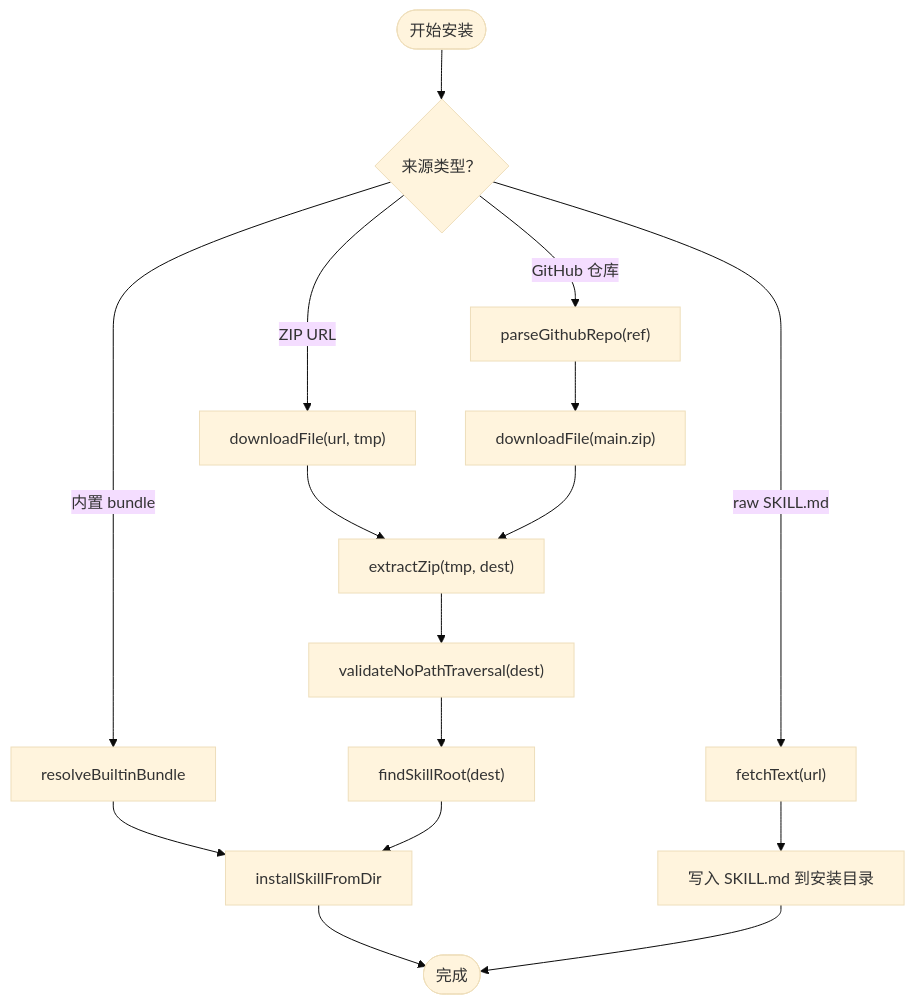
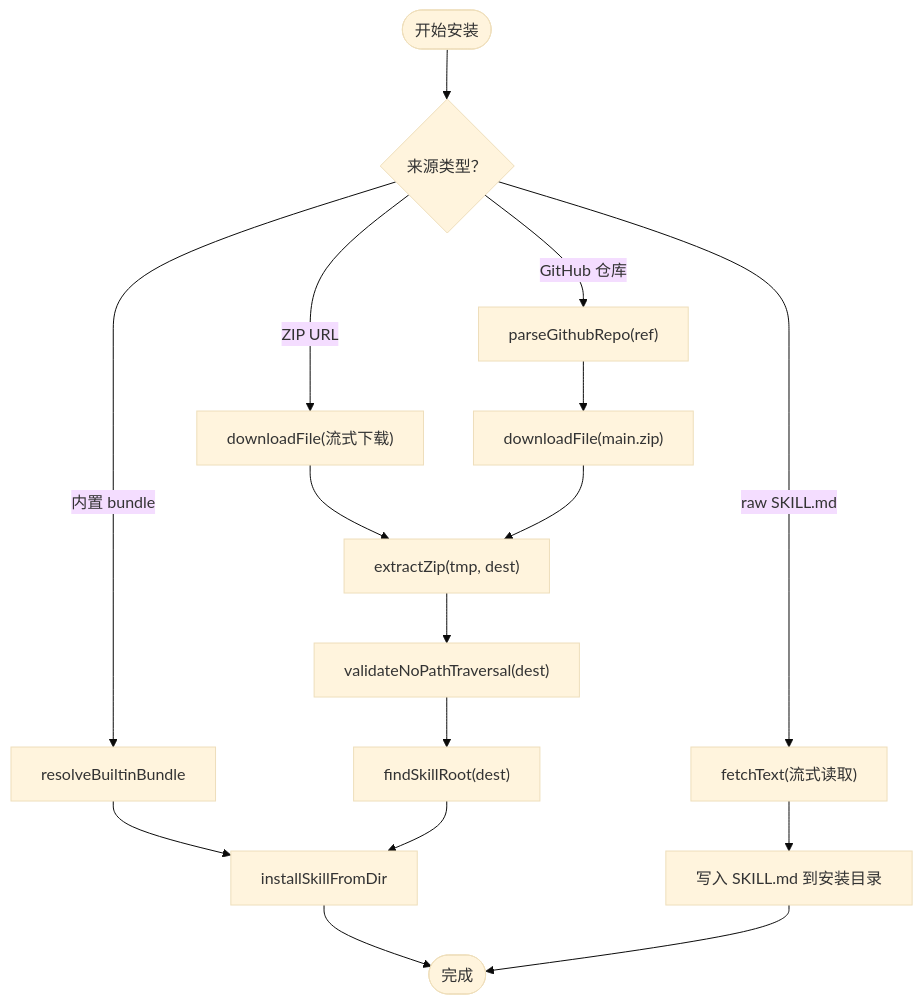
Before and after one commit to sofate798/KodrixCode: the third of 5 diagrams in .qoder/repowiki/zh/content/Skill 市场/技能包安装与管理.md, drawn with Mermaid (base theme). The commit also changed other lines of this file and 12 other files, not shown here.

````diff
--- a/.qoder/repowiki/zh/content/Skill 市场/技能包安装与管理.md
+++ b/.qoder/repowiki/zh/content/Skill 市场/技能包安装与管理.md
@@ -150,18 +146,18 @@
 ```mermaid
 flowchart TD
 Start(["开始安装"]) --> CheckSource{"来源类型？"}
 CheckSource --> |内置 bundle| ResolveBundle["resolveBuiltinBundle"]
 ResolveBundle --> InstallDir["installSkillFromDir"]
-CheckSource --> |ZIP URL| DownloadZip["downloadFile(url, tmp)"]
+CheckSource --> |ZIP URL| DownloadZip["downloadFile(流式下载)"]
 DownloadZip --> Extract["extractZip(tmp, dest)"]
 Extract --> Validate["validateNoPathTraversal(dest)"]
 Validate --> FindRoot["findSkillRoot(dest)"]
 FindRoot --> InstallDir
-CheckSource --> |raw SKILL.md| FetchText["fetchText(url)"]
+CheckSource --> |raw SKILL.md| FetchText["fetchText(流式读取)"]
 FetchText --> WriteMd["写入 SKILL.md 到安装目录"]
 CheckSource --> |GitHub 仓库| ParseRepo["parseGithubRepo(ref)"]
 ParseRepo --> DownloadMain["downloadFile(main.zip)"]
 DownloadMain --> Extract
 InstallDir --> End(["完成"])
 WriteMd --> End
 ```
````
